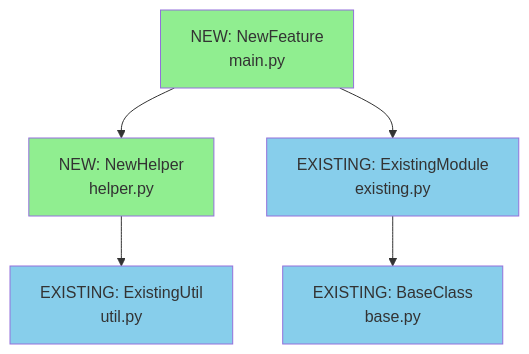
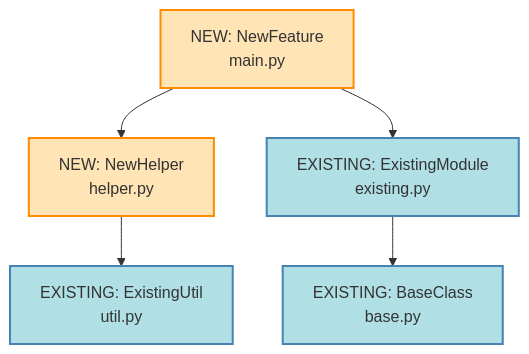
The fourth of 4 diagrams in design/000-design-template.md (mplemay/belgie), drawn with Mermaid before and after one commit. The commit also changed other lines of this file and 1 other file, not shown here.

````diff
--- a/design/000-design-template.md
+++ b/design/000-design-template.md
@@ -91,19 +88,19 @@
 ```mermaid
 graph TD
     NewFeature[NEW: NewFeature<br/>main.py]
     NewHelper[NEW: NewHelper<br/>helper.py]
     ExistingModule[EXISTING: ExistingModule<br/>existing.py]
     ExistingUtil[EXISTING: ExistingUtil<br/>util.py]
     ExistingBase[EXISTING: BaseClass<br/>base.py]
 
     NewFeature --> NewHelper
     NewFeature --> ExistingModule
     NewHelper --> ExistingUtil
     ExistingModule --> ExistingBase
 
-    style NewFeature fill:#90EE90
-    style NewHelper fill:#90EE90
-    style ExistingModule fill:#87CEEB
-    style ExistingUtil fill:#87CEEB
-    style ExistingBase fill:#87CEEB
+    style NewFeature fill:#FFE4B5,stroke:#FF8C00,stroke-width:2px
+    style NewHelper fill:#FFE4B5,stroke:#FF8C00,stroke-width:2px
+    style ExistingModule fill:#B0E0E6,stroke:#4682B4,stroke-width:2px
+    style ExistingUtil fill:#B0E0E6,stroke:#4682B4,stroke-width:2px
+    style ExistingBase fill:#B0E0E6,stroke:#4682B4,stroke-width:2px
 ```
````
